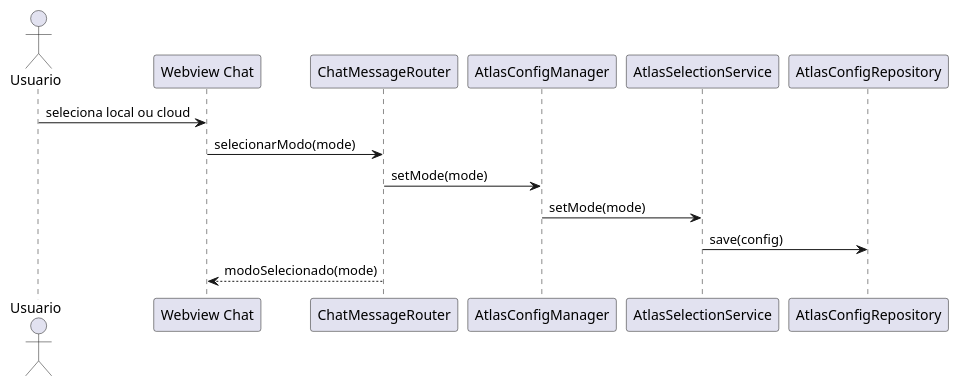
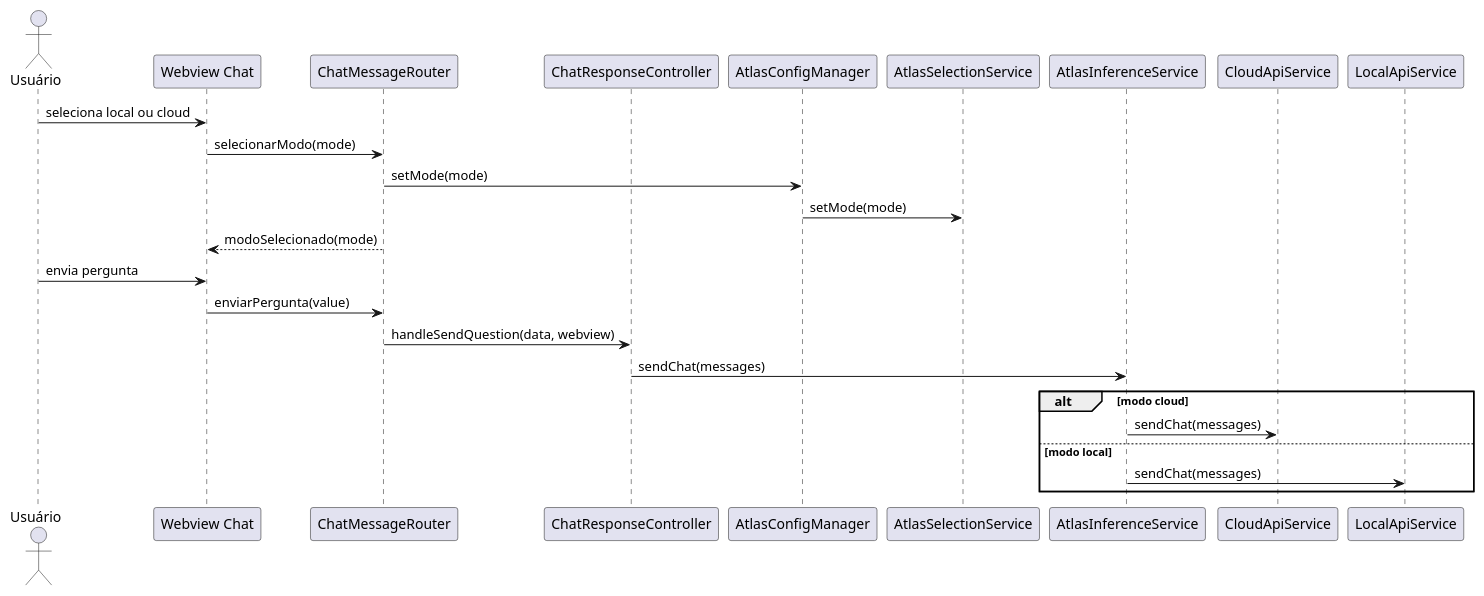
Diagram 14 of 38 in docs/plantuml-diagramas-por-caso-de-uso-atlas.md (JVictorVI/ATLAS), drawn with PlantUML before and after one commit. The commit also changed other lines of this file and 5 other files, not shown here.

Commit message:
Atualiza diagramas e casos de uso

````diff
--- a/docs/plantuml-diagramas-por-caso-de-uso-atlas.md
+++ b/docs/plantuml-diagramas-por-caso-de-uso-atlas.md
@@ -436,18 +443,30 @@
 ```plantuml
 @startuml
 skinparam shadowing false
-actor Usuario
+actor Usuário
 participant "Webview Chat" as Webview
 participant ChatMessageRouter as Router
+participant ChatResponseController as Response
 participant AtlasConfigManager as Config
 participant AtlasSelectionService as Selection
-participant AtlasConfigRepository as Repository
+participant AtlasInferenceService as Inference
+participant CloudApiService as CloudApi
+participant LocalApiService as LocalApi
 
-Usuario -> Webview : seleciona local ou cloud
+Usuário -> Webview : seleciona local ou cloud
 Webview -> Router : selecionarModo(mode)
 Router -> Config : setMode(mode)
 Config -> Selection : setMode(mode)
-Selection -> Repository : save(config)
 Router --> Webview : modoSelecionado(mode)
+
+Usuário -> Webview : envia pergunta
+Webview -> Router : enviarPergunta(value)
+Router -> Response : handleSendQuestion(data, webview)
+Response -> Inference : sendChat(messages)
+alt modo cloud
+  Inference -> CloudApi : sendChat(messages)
+else modo local
+  Inference -> LocalApi : sendChat(messages)
+end
 @enduml
 ```
````
